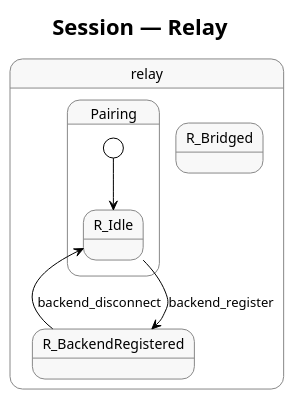
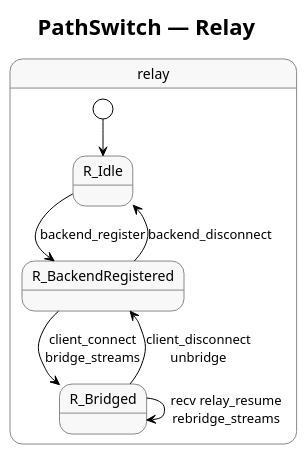
Before and after one commit to marcelocantos/pigeon: the diagram in docs/relay.puml, drawn with PlantUML. The commit also changed 23 other files, not shown here.

```diff
--- a/docs/relay.puml
+++ b/docs/relay.puml
@@ -1,25 +1,23 @@
 @startuml relay
 !theme plain
 skinparam backgroundColor white
 skinparam state {
   BackgroundColor #f8f8f8
   BorderColor #888
 }
 
-title Session — Relay
+title PathSwitch — Relay
 
 state "relay" as R {
-  state "Pairing" as R_Pairing {
-    [*] --> R_Idle
-  }
-
+  [*] --> R_Idle
   R_Idle --> R_BackendRegistered : backend_register
+  R_BackendRegistered --> R_Bridged : client_connect\nbridge_streams
+  R_Bridged --> R_BackendRegistered : client_disconnect\nunbridge
+  R_Bridged --> R_Bridged : recv relay_resume\nrebridge_streams
   R_BackendRegistered --> R_Idle : backend_disconnect
-  state R_BackendRegistered
-  state R_Bridged
 }
 
 ' === Cross-actor interactions ===
 
 
 @enduml
```
